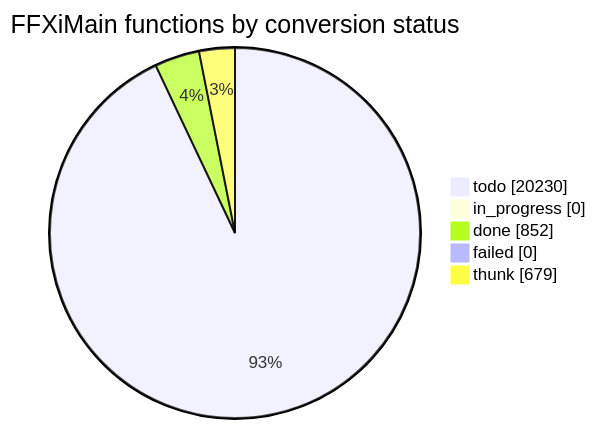
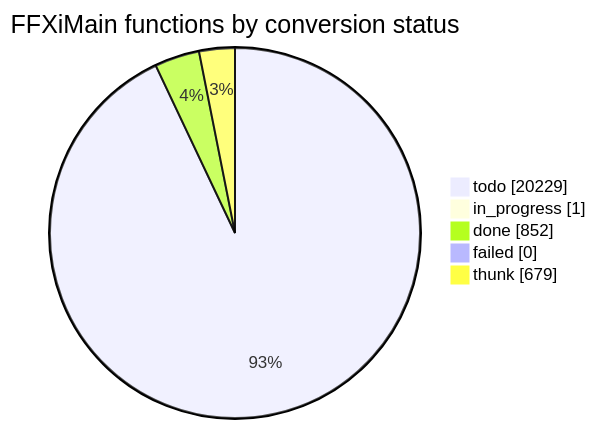
The diagram in docs/cow/STATUS.md (cowrevenge/cow_kuluu_xi_anything), drawn with Mermaid before and after one commit. The commit also changed other lines of this file and 7 other files, not shown here.

````diff
--- a/docs/cow/STATUS.md
+++ b/docs/cow/STATUS.md
@@ -18,9 +18,9 @@
 ```mermaid
 pie showData
     title FFXiMain functions by conversion status
-    "todo" : 20230
-    "in_progress" : 0
+    "todo" : 20229
+    "in_progress" : 1
     "done" : 852
     "failed" : 0
     "thunk" : 679
 ```
````
